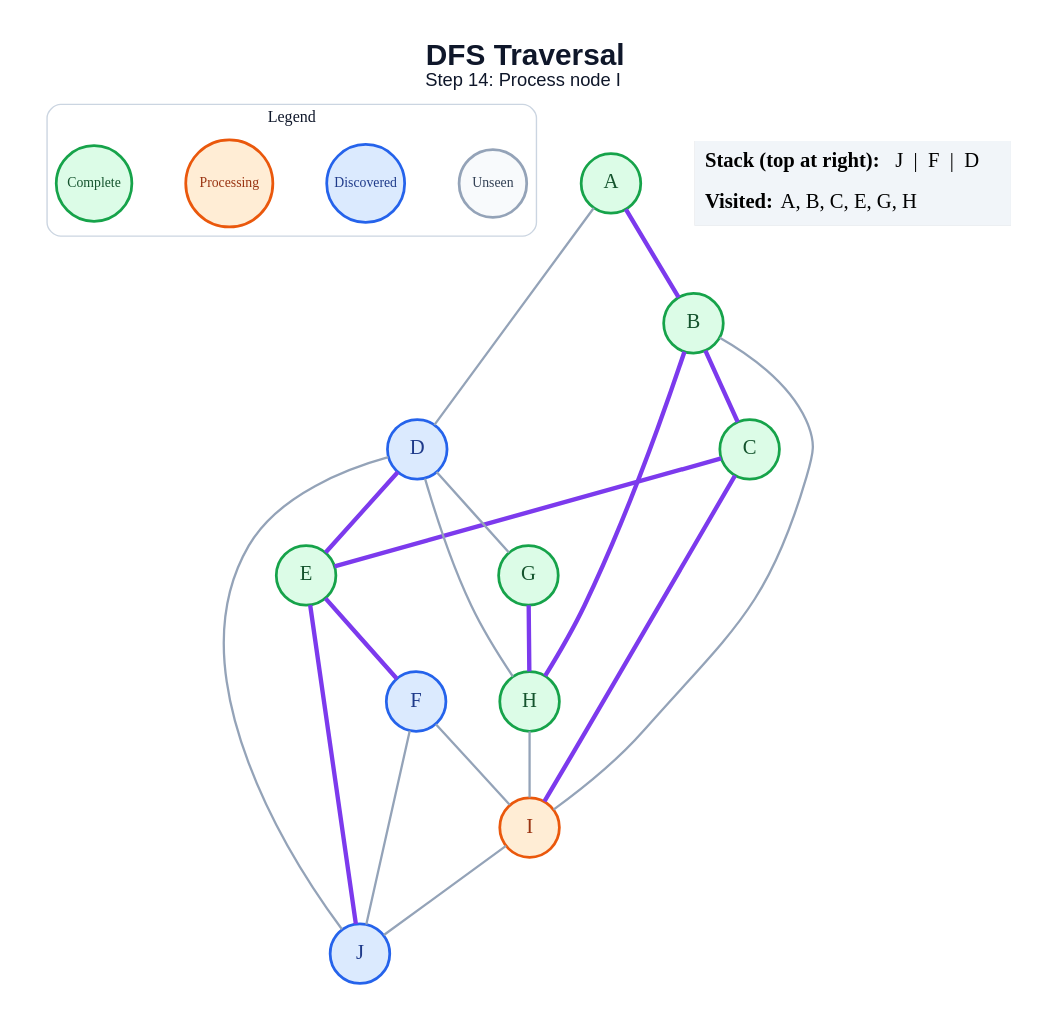
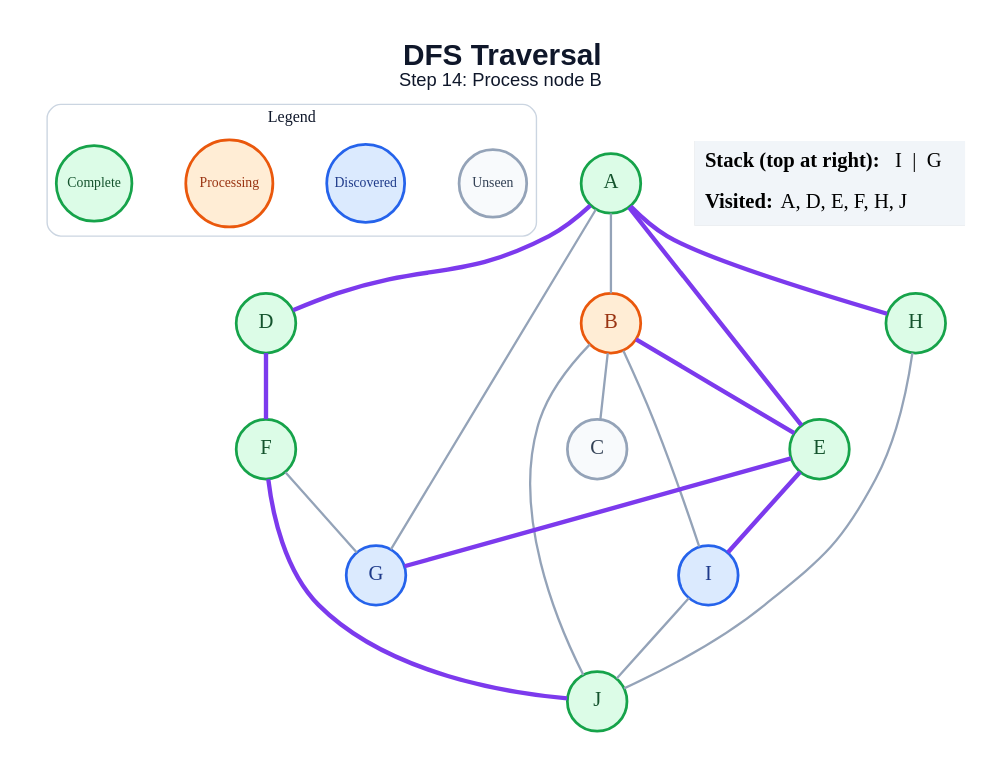
Before and after one commit to amanghodawala9/ai-slop: the diagram in generated/specific-node/dfs/step_14.dot, drawn with Graphviz. The commit also changed 178 other files, not shown here.

```diff
--- a/generated/specific-node/dfs/step_14.dot
+++ b/generated/specific-node/dfs/step_14.dot
@@ -1,47 +1,45 @@
 graph traversal {
   graph [layout=dot, rankdir=TB, bgcolor="#FFFFFF", pad="0.35", nodesep="0.65", ranksep="0.8", fontname="Arial"];
   node [shape=circle, style="filled", fontname="Arial Bold", fontsize=18, width=0.72, fixedsize=true, penwidth=2.4];
   edge [color="#94A3B8", penwidth=2.0];
-  label=<<B>DFS Traversal</B><BR/><FONT POINT-SIZE="16">Step 14: Process node I</FONT>>; labelloc="t"; fontsize=26; fontname="Arial"; fontcolor="#0F172A";
+  label=<<B>DFS Traversal</B><BR/><FONT POINT-SIZE="16">Step 14: Process node B</FONT>>; labelloc="t"; fontsize=26; fontname="Arial"; fontcolor="#0F172A";
   subgraph cluster_legend { label="Legend"; color="#CBD5E1"; penwidth=1.2; style="rounded"; fontsize=14; fontname="Arial Bold";
     key_unseen [label="Unseen", fillcolor="#F8FAFC", color="#94A3B8", fontcolor="#334155", fontsize=12, width=0.82];
     key_frontier [label="Discovered", fillcolor="#DBEAFE", color="#2563EB", fontcolor="#1E3A8A", fontsize=12, width=0.95];
     key_current [label="Processing", fillcolor="#FFEDD5", color="#EA580C", fontcolor="#9A3412", fontsize=12, width=1.05];
     key_done [label="Complete", fillcolor="#DCFCE7", color="#16A34A", fontcolor="#14532D", fontsize=12, width=0.92];
     { rank=same; key_unseen; key_frontier; key_current; key_done; }
   }
   A [fillcolor="#DCFCE7", color="#16A34A", fontcolor="#14532D"];
-  B [fillcolor="#DCFCE7", color="#16A34A", fontcolor="#14532D"];
-  C [fillcolor="#DCFCE7", color="#16A34A", fontcolor="#14532D"];
-  D [fillcolor="#DBEAFE", color="#2563EB", fontcolor="#1E3A8A"];
+  B [fillcolor="#FFEDD5", color="#EA580C", fontcolor="#9A3412"];
+  C [fillcolor="#F8FAFC", color="#94A3B8", fontcolor="#334155"];
+  D [fillcolor="#DCFCE7", color="#16A34A", fontcolor="#14532D"];
   E [fillcolor="#DCFCE7", color="#16A34A", fontcolor="#14532D"];
-  F [fillcolor="#DBEAFE", color="#2563EB", fontcolor="#1E3A8A"];
-  G [fillcolor="#DCFCE7", color="#16A34A", fontcolor="#14532D"];
+  F [fillcolor="#DCFCE7", color="#16A34A", fontcolor="#14532D"];
+  G [fillcolor="#DBEAFE", color="#2563EB", fontcolor="#1E3A8A"];
   H [fillcolor="#DCFCE7", color="#16A34A", fontcolor="#14532D"];
-  I [fillcolor="#FFEDD5", color="#EA580C", fontcolor="#9A3412"];
-  J [fillcolor="#DBEAFE", color="#2563EB", fontcolor="#1E3A8A"];
-  A -- B [color="#7C3AED", penwidth=3.8];
-  A -- D;
-  B -- C [color="#7C3AED", penwidth=3.8];
-  B -- H [color="#7C3AED", penwidth=3.8];
+  I [fillcolor="#DBEAFE", color="#2563EB", fontcolor="#1E3A8A"];
+  J [fillcolor="#DCFCE7", color="#16A34A", fontcolor="#14532D"];
+  A -- B;
+  A -- D [color="#7C3AED", penwidth=3.8];
+  A -- E [color="#7C3AED", penwidth=3.8];
+  A -- G;
+  A -- H [color="#7C3AED", penwidth=3.8];
+  B -- C;
+  B -- E [color="#7C3AED", penwidth=3.8];
   B -- I;
-  C -- E [color="#7C3AED", penwidth=3.8];
-  C -- I [color="#7C3AED", penwidth=3.8];
-  D -- E [color="#7C3AED", penwidth=3.8];
-  D -- G;
-  D -- H;
-  D -- J;
-  E -- F [color="#7C3AED", penwidth=3.8];
-  E -- J [color="#7C3AED", penwidth=3.8];
-  F -- I;
-  F -- J;
-  G -- H [color="#7C3AED", penwidth=3.8];
-  H -- I;
+  B -- J;
+  D -- F [color="#7C3AED", penwidth=3.8];
+  E -- G [color="#7C3AED", penwidth=3.8];
+  E -- I [color="#7C3AED", penwidth=3.8];
+  F -- G;
+  F -- J [color="#7C3AED", penwidth=3.8];
+  H -- J;
   I -- J;
   status [shape=plain, fixedsize=false, width=0, height=0, margin=0, label=<
     <TABLE BORDER="0" CELLBORDER="0" CELLPADDING="7" BGCOLOR="#F1F5F9">
-      <TR><TD ALIGN="LEFT"><B>Stack (top at right):</B> J  |  F  |  D</TD></TR>
-      <TR><TD ALIGN="LEFT"><B>Visited:</B> A, B, C, E, G, H</TD></TR>
+      <TR><TD ALIGN="LEFT"><B>Stack (top at right):</B> I  |  G</TD></TR>
+      <TR><TD ALIGN="LEFT"><B>Visited:</B> A, D, E, F, H, J</TD></TR>
     </TABLE>
   >];
 }
```
